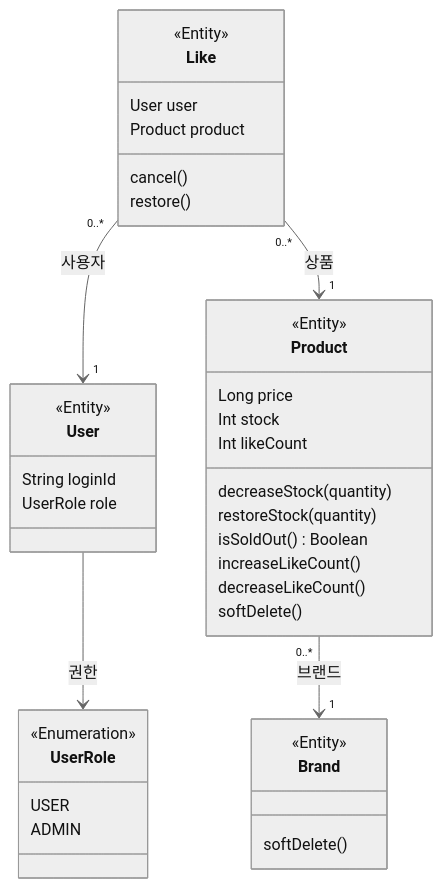
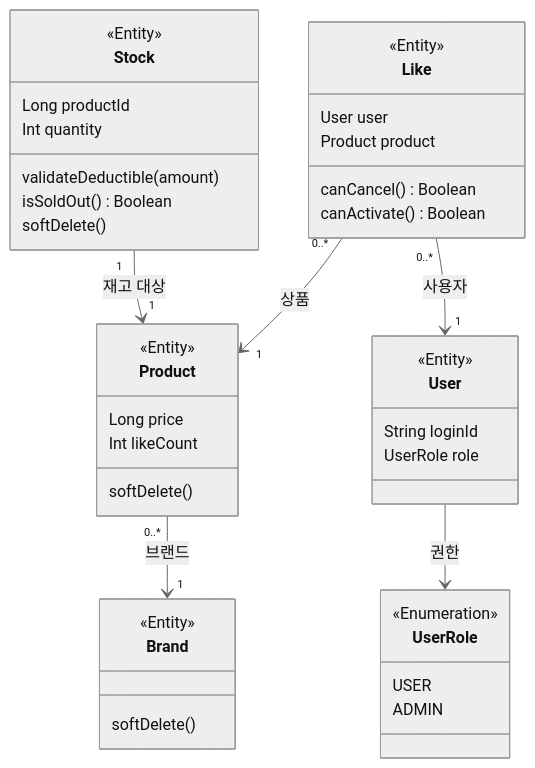
The first of 2 diagrams in docs/week2/03-class-diagram.md (loopers-labs/loop-pack-be-l2-vol4-kotlin), drawn with Mermaid (neutral theme) before and after one commit. The commit also changed other lines of this file and 1 other file, not shown here.

Commit message:
docs : LikeCount / Product 리펙토링에 따른 설계 문서 수정

````diff
--- a/docs/week2/03-class-diagram.md
+++ b/docs/week2/03-class-diagram.md
@@ -46,47 +48,51 @@
 ```mermaid
 classDiagram
     direction TB
 
     class User {
         <<Entity>>
         String loginId
         UserRole role
     }
 
     class UserRole {
         <<Enumeration>>
         USER
         ADMIN
     }
 
     class Brand {
         <<Entity>>
         softDelete()
     }
 
     class Product {
         <<Entity>>
         Long price
-        Int stock
         Int likeCount
-        decreaseStock(quantity)
-        restoreStock(quantity)
+        softDelete()
+    }
+
+    class Stock {
+        <<Entity>>
+        Long productId
+        Int quantity
+        validateDeductible(amount)
         isSoldOut() Boolean
-        increaseLikeCount()
-        decreaseLikeCount()
         softDelete()
     }
 
     class Like {
         <<Entity>>
         User user
         Product product
-        cancel()
-        restore()
+        canCancel() Boolean
+        canActivate() Boolean
     }
 
     Product "0..*" --> "1" Brand : 브랜드
+    Stock "1" --> "1" Product : 재고 대상
     Like "0..*" --> "1" User : 사용자
     Like "0..*" --> "1" Product : 상품
     User --> UserRole : 권한
 ```
````
